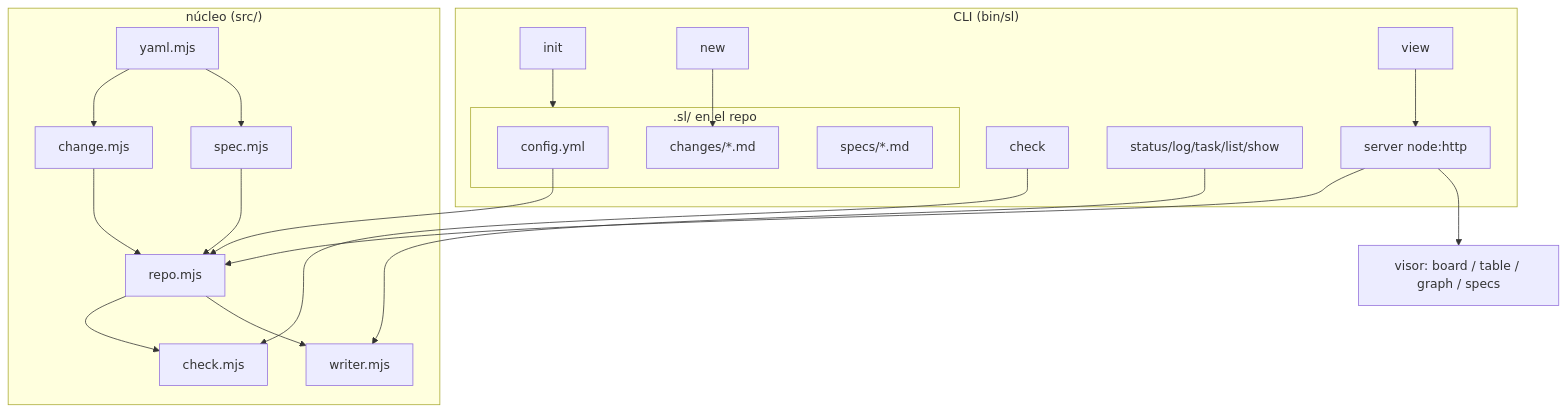
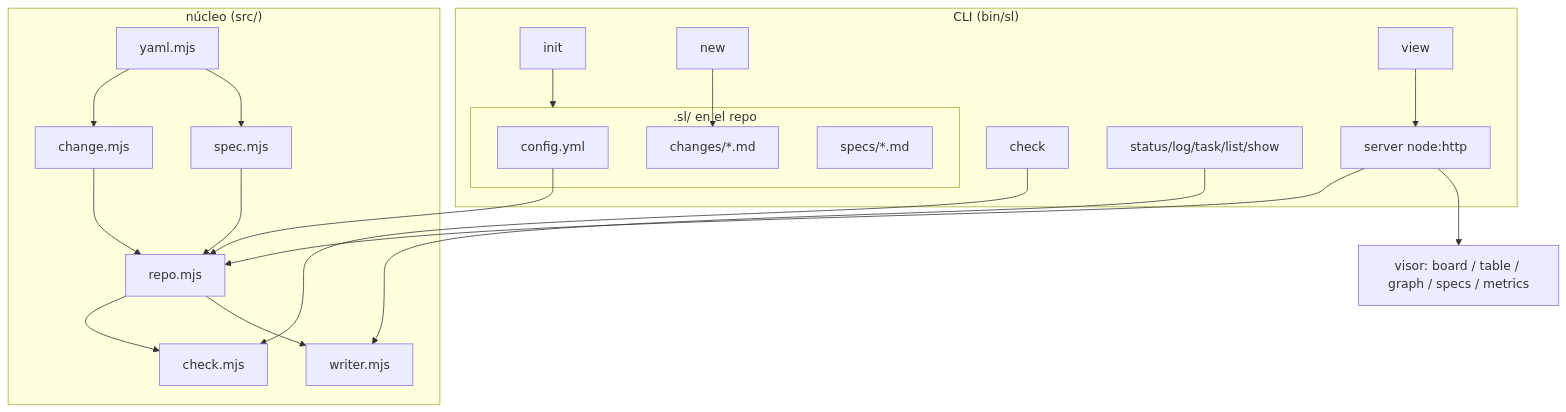
One commit to rarc88/changeledger changed the diagram in .sl/specs/architecture.md. Above: the diagram before and after it, drawn with Mermaid. The commit also changed other lines of this file and 1 other file, not shown here.

Commit message:
docs(spec): graduate architecture spec from change 205854

````diff
--- a/.sl/specs/architecture.md
+++ b/.sl/specs/architecture.md
@@ -15,26 +17,26 @@
 ```mermaid
 flowchart TD
   subgraph repo[".sl/ en el repo"]
     CFG[config.yml]
     CH[changes/*.md]
     SP[specs/*.md]
   end
   subgraph core["núcleo (src/)"]
     YAML[yaml.mjs] --> CHANGE[change.mjs]
     YAML --> SPEC[spec.mjs]
     CFG --> REPO[repo.mjs]
     CHANGE --> REPO
     SPEC --> REPO
     REPO --> CHECK[check.mjs]
     REPO --> WRITER[writer.mjs]
   end
   subgraph cli["CLI (bin/sl)"]
     INIT[init] --> repo
     NEW[new] --> CH
     CHECKC[check] --> CHECK
     AGENT[status/log/task/list/show] --> WRITER
     VIEW[view] --> SRV
   end
   SRV[server node:http] --> REPO
-  SRV --> UI[visor: board / table / graph / specs]
+  SRV --> UI[visor: board / table / graph / specs / metrics]
 ```
````
